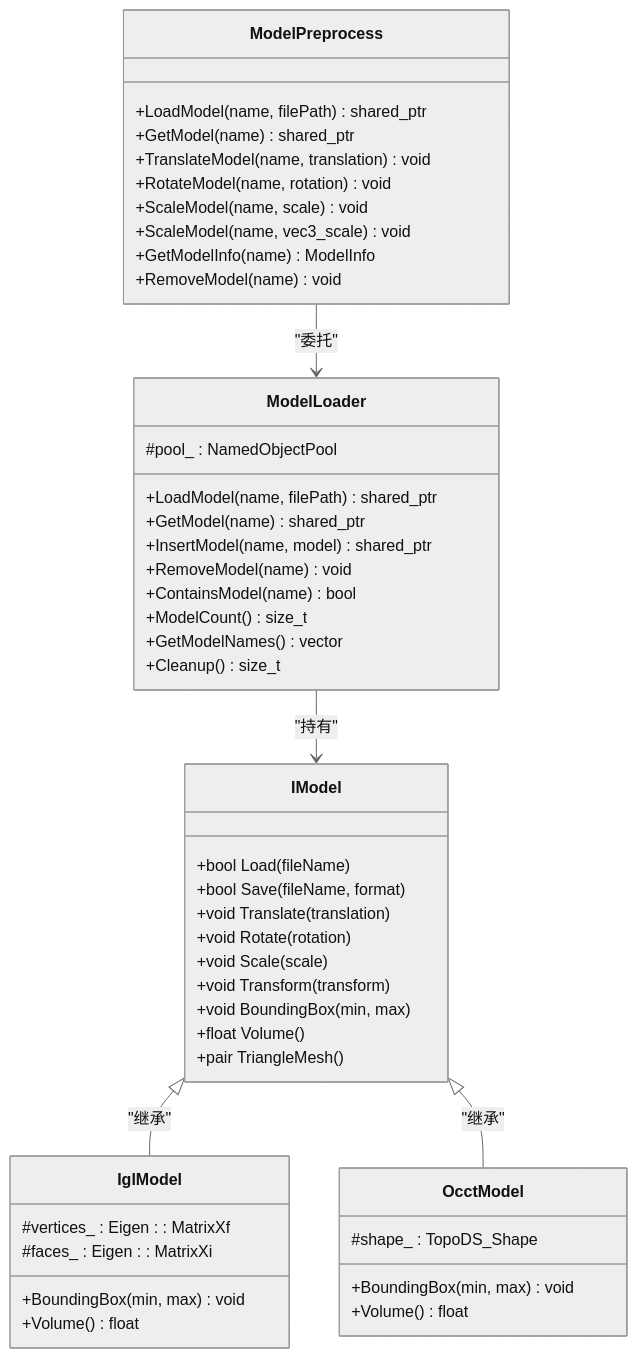
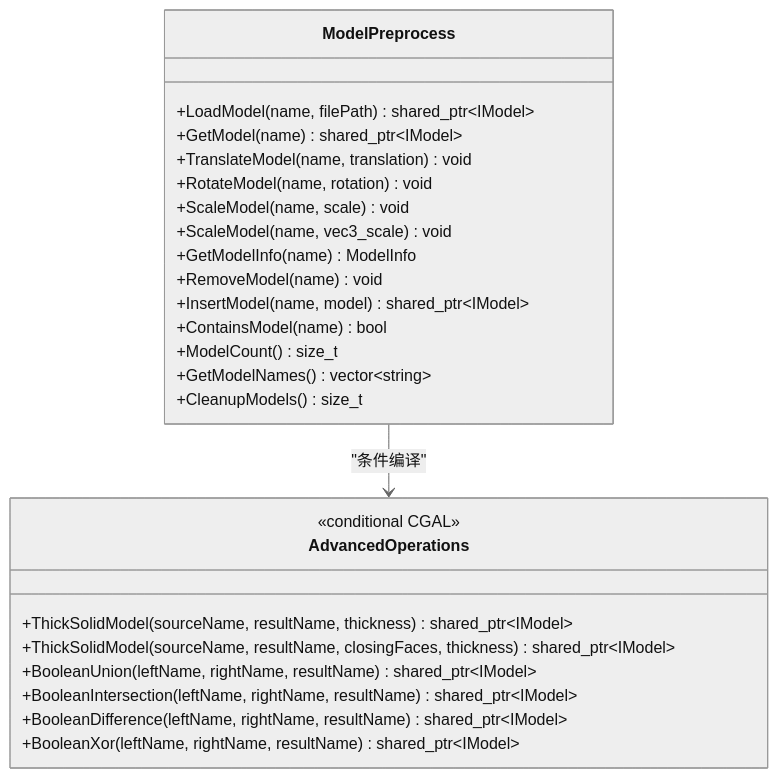
The third of 10 diagrams in .qoder/repowiki/zh/content/核心模块详解/模型预处理系统.md (hsmbanlance/HsBaSlicer), drawn with Mermaid (neutral theme) before and after one commit. The commit also changed other lines of this file and 9 other files, not shown here.

````diff
--- a/.qoder/repowiki/zh/content/核心模块详解/模型预处理系统.md
+++ b/.qoder/repowiki/zh/content/核心模块详解/模型预处理系统.md
@@ -257,50 +268,28 @@
 ```mermaid
 classDiagram
-class IModel {
-+bool Load(fileName)
-+bool Save(fileName, format)
-+void Translate(translation)
-+void Rotate(rotation)
-+void Scale(scale)
-+void Transform(transform)
-+void BoundingBox(min, max)
-+float Volume()
-+pair<TriMesh> TriangleMesh()
-}
-class ModelLoader {
-+LoadModel(name, filePath) shared_ptr<IModel>
-+GetModel(name) shared_ptr<IModel>
-+InsertModel(name, model) shared_ptr<IModel>
-+RemoveModel(name) void
-+ContainsModel(name) bool
-+ModelCount() size_t
-+GetModelNames() vector<string>
-+Cleanup() size_t
-#pool_ : NamedObjectPool<IModel>
-}
 class ModelPreprocess {
-+LoadModel(name, filePath) shared_ptr<IModel>
-+GetModel(name) shared_ptr<IModel>
++LoadModel(name, filePath) shared_ptr~IModel~
++GetModel(name) shared_ptr~IModel~
 +TranslateModel(name, translation) void
 +RotateModel(name, rotation) void
 +ScaleModel(name, scale) void
 +ScaleModel(name, vec3_scale) void
 +GetModelInfo(name) ModelInfo
 +RemoveModel(name) void
++InsertModel(name, model) shared_ptr~IModel~
++ContainsModel(name) bool
++ModelCount() size_t
++GetModelNames() vector~string~
++CleanupModels() size_t
 }
-class IglModel {
-+BoundingBox(min, max) void
-+Volume() float
-#vertices_ : Eigen : : MatrixXf
-#faces_ : Eigen : : MatrixXi
+class AdvancedOperations {
+<<conditional CGAL>>
++ThickSolidModel(sourceName, resultName, thickness) shared_ptr~IModel~
++ThickSolidModel(sourceName, resultName, closingFaces, thickness) shared_ptr~IModel~
++BooleanUnion(leftName, rightName, resultName) shared_ptr~IModel~
++BooleanIntersection(leftName, rightName, resultName) shared_ptr~IModel~
++BooleanDifference(leftName, rightName, resultName) shared_ptr~IModel~
++BooleanXor(leftName, rightName, resultName) shared_ptr~IModel~
 }
-class OcctModel {
-+BoundingBox(min, max) void
-+Volume() float
-#shape_ : TopoDS_Shape
-}
-ModelPreprocess --> ModelLoader : "委托"
-ModelLoader --> IModel : "持有"
-IModel <|-- IglModel : "继承"
-IModel <|-- OcctModel : "继承"
+ModelPreprocess --> AdvancedOperations : "条件编译"
 ```
````
